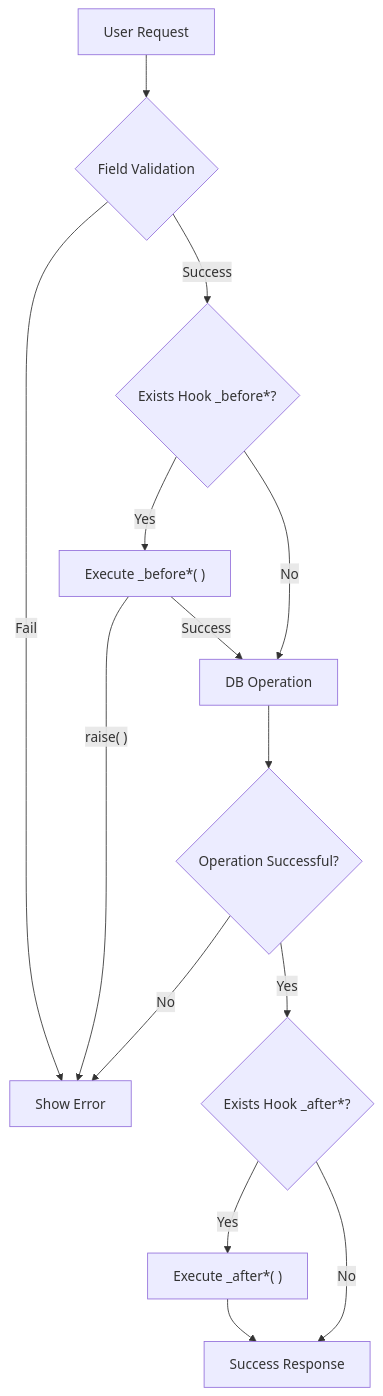
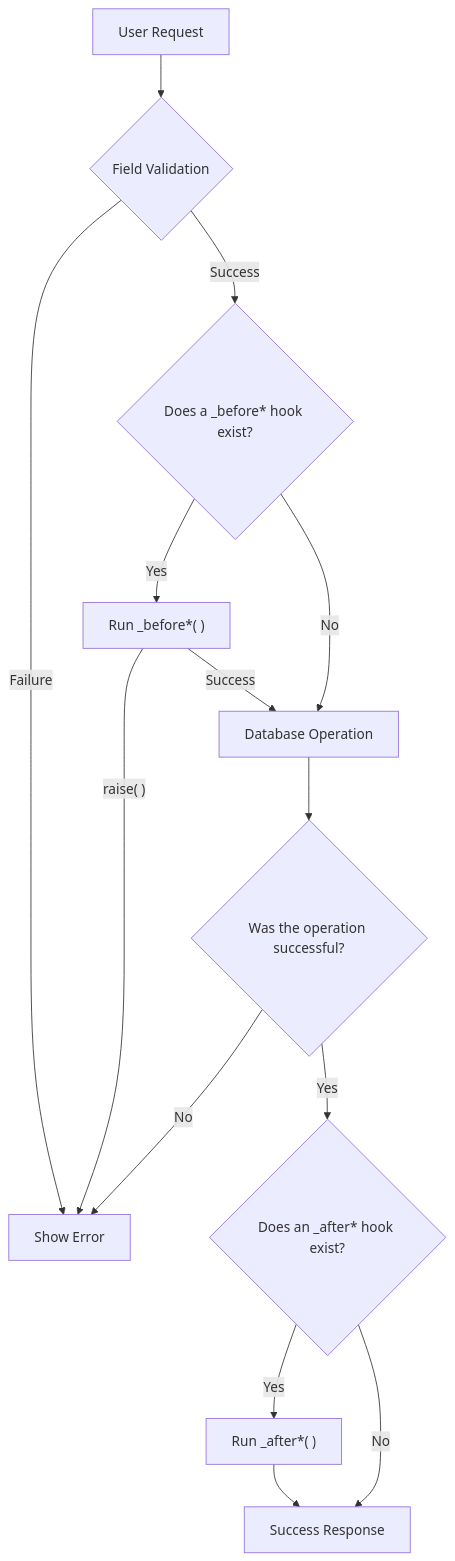
The diagram in documentacion/docs/en/avanzado/hooks.md (cgarciagl/Ragnos), drawn with Mermaid before and after one commit. The commit also changed other lines of this file and 11 other files, not shown here.

````diff
--- a/documentacion/docs/en/avanzado/hooks.md
+++ b/documentacion/docs/en/avanzado/hooks.md
@@ -18,16 +18,16 @@
 ```mermaid
 graph TD
     A["User Request"] --> B{"Field Validation"}
-    B -- Fail --> Z["Show Error"]
-    B -- Success --> C{"Exists Hook _before*?"}
-    C -- Yes --> D["Execute _before*( )"]
+    B -- Failure --> Z["Show Error"]
+    B -- Success --> C{"Does a _before* hook exist?"}
+    C -- Yes --> D["Run _before*( )"]
     D -- "raise( )" --> Z
-    C -- No --> E["DB Operation"]
+    C -- No --> E["Database Operation"]
     D -- Success --> E
-    E --> F{"Operation Successful?"}
+    E --> F{"Was the operation successful?"}
     F -- No --> Z
-    F -- Yes --> G{"Exists Hook _after*?"}
-    G -- Yes --> H["Execute _after*( )"]
+    F -- Yes --> G{"Does an _after* hook exist?"}
+    G -- Yes --> H["Run _after*( )"]
     G -- No --> I["Success Response"]
     H --> I
 ```
````
